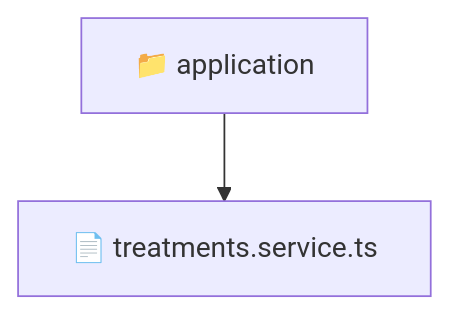
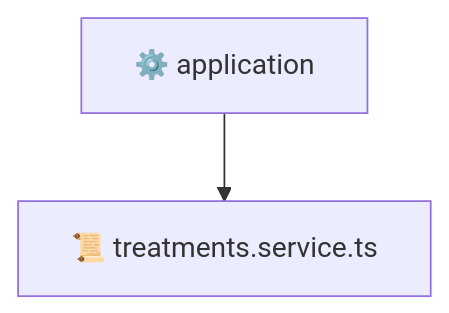
The diagram in backend/src/modules/treatments/application/README.md (beginwebdev2002/fullstack-mavluda), drawn with Mermaid before and after one commit. The commit also changed other lines of this file and 163 other files, not shown here.

````diff
--- a/backend/src/modules/treatments/application/README.md
+++ b/backend/src/modules/treatments/application/README.md
@@ -9,5 +9,5 @@
 ```mermaid
 graph TD
-  Root["📁 application"]
-  Root --> treatments_service_ts["📄 treatments.service.ts"]
+  application["⚙️ application"]
+  application --> treatments_service_ts["📜 treatments.service.ts"]
 ```
````
